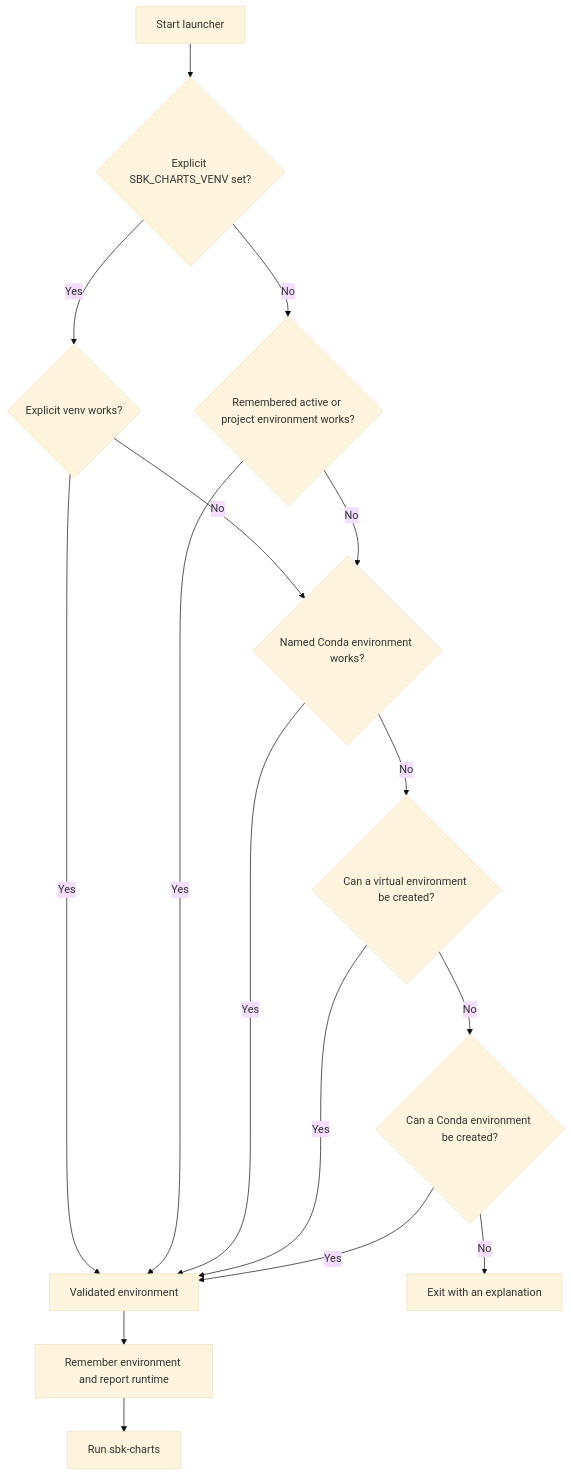
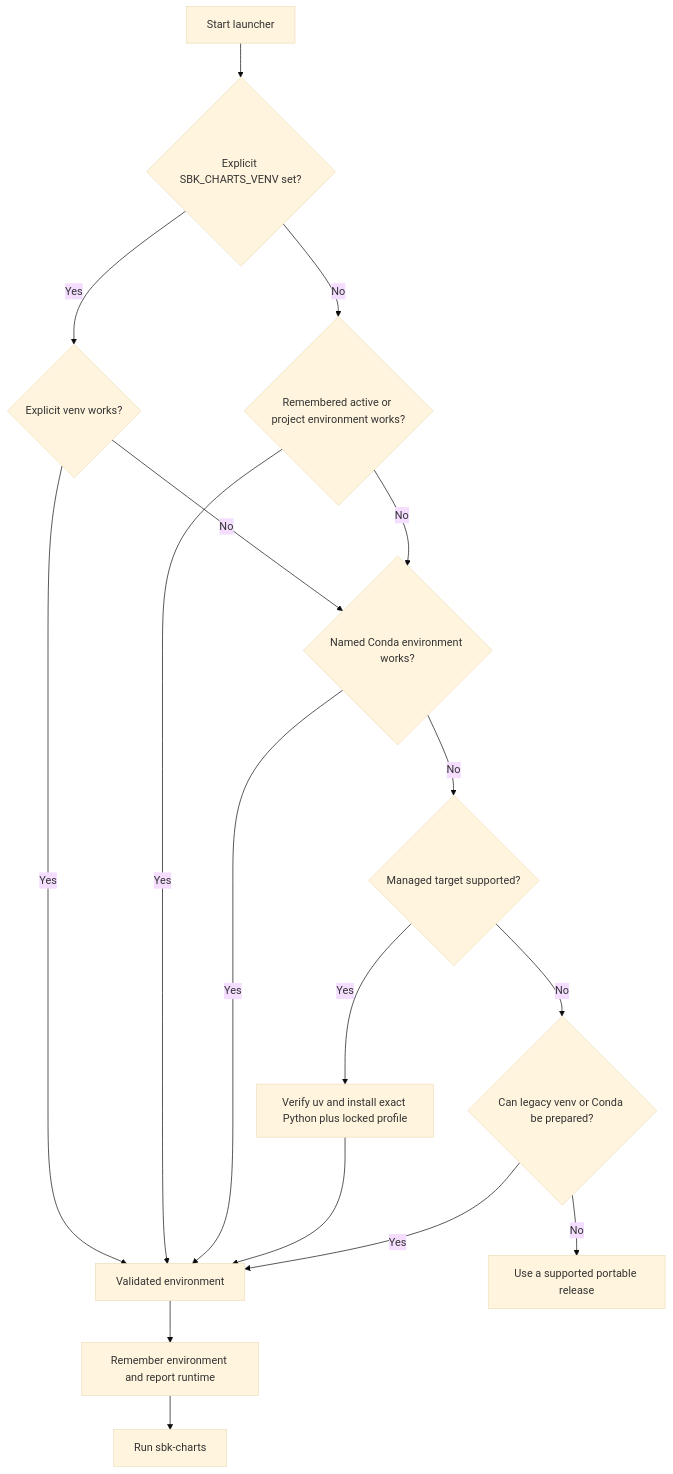
One commit to kmgowda/sbk-charts changed the second of 2 diagrams in README.md. Above: the diagram before and after it, drawn with Mermaid (base theme). The commit also changed other lines of this file and 38 other files, not shown here.

````diff
--- a/README.md
+++ b/README.md
@@ -233,18 +235,19 @@
 ```mermaid
 flowchart TD
     A[Start launcher] --> B{Explicit SBK_CHARTS_VENV set?}
     B -- Yes --> C{Explicit venv works?}
     C -- Yes --> H[Validated environment]
     C -- No --> E{Named Conda environment works?}
     B -- No --> D{Remembered active or project environment works?}
     D -- Yes --> H
     D -- No --> E
     E -- Yes --> H
-    E -- No --> F{Can a virtual environment be created?}
-    F -- Yes --> H
-    F -- No --> G{Can a Conda environment be created?}
-    G -- Yes --> H
-    G -- No --> I[Exit with an explanation]
+    E -- No --> F{Managed target supported?}
+    F -- Yes --> G[Verify uv and install exact Python plus locked profile]
+    G --> H
+    F -- No --> I{Can legacy venv or Conda be prepared?}
+    I -- Yes --> H
+    I -- No --> L[Use a supported portable release]
     H --> J[Remember environment and report runtime]
     J --> K[Run sbk-charts]
 ```
````
